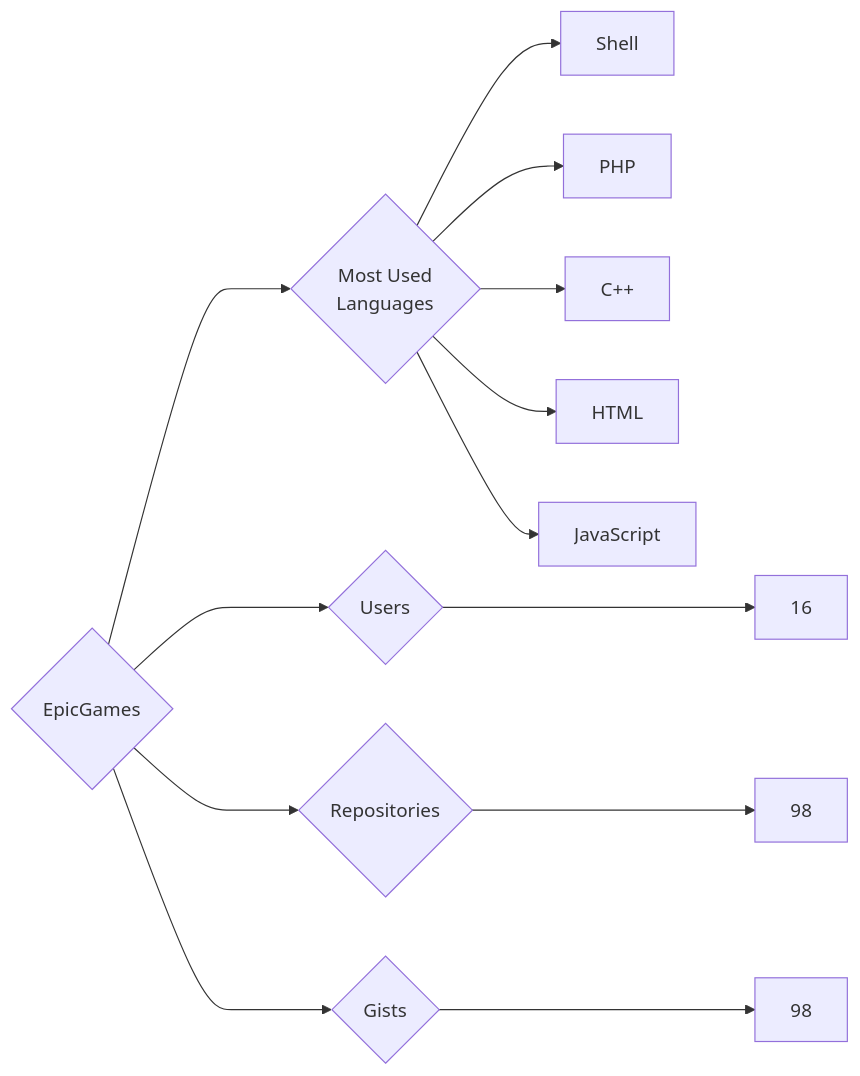
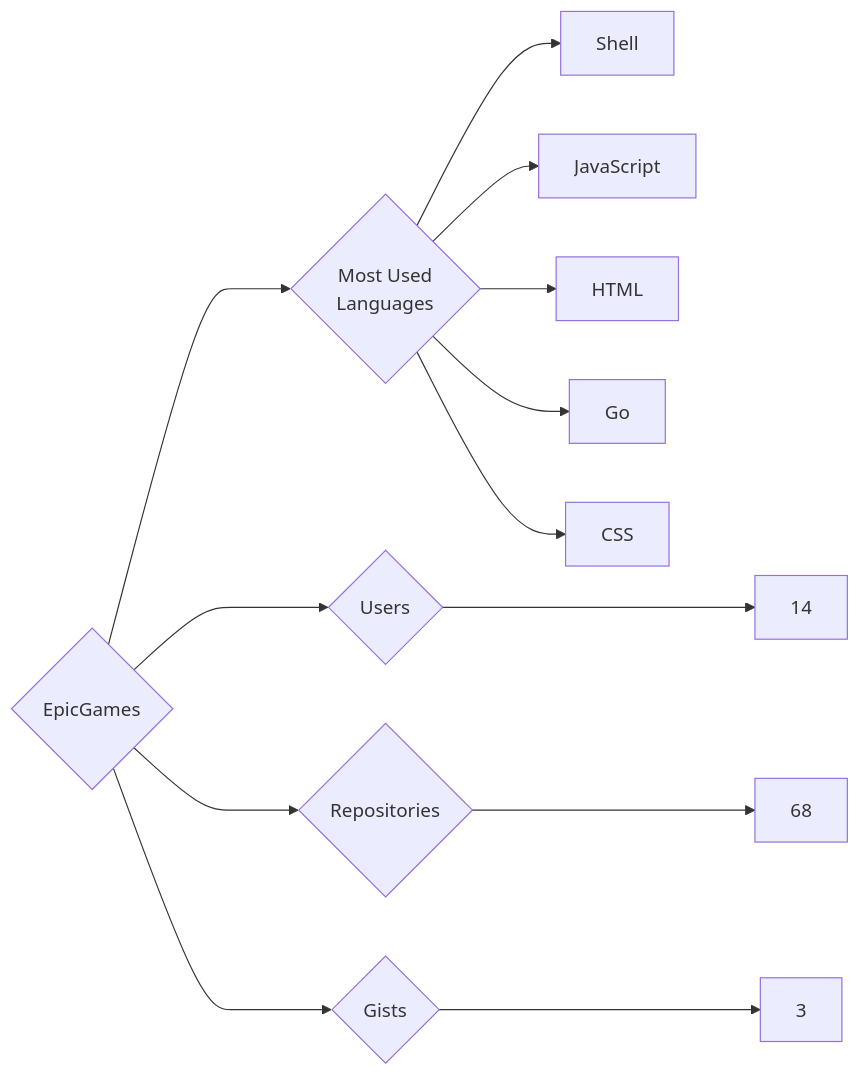
Before and after one commit to trickest/insiders: the diagram in targets/EpicGames/README.md, drawn with Mermaid. The commit also changed 1078 other files, not shown here.

````diff
--- a/targets/EpicGames/README.md
+++ b/targets/EpicGames/README.md
@@ -3,13 +3,13 @@
 ```mermaid
 graph LR
 COMPANY_NAME{EpicGames}
-COMPANY_NAME ---> U{Users} ---> UN[16]
-COMPANY_NAME ---> R{Repositories} ---> RN[98]
-COMPANY_NAME ---> G{Gists} ---> GN[98]
+COMPANY_NAME ---> U{Users} ---> UN[14]
+COMPANY_NAME ---> R{Repositories} ---> RN[68]
+COMPANY_NAME ---> G{Gists} ---> GN[3]
 COMPANY_NAME ---> ML{Most Used<br>Languages}
 ML --> Shell[Shell]
-ML --> PHP[PHP]
-ML --> C++[C++]
+ML --> JavaScript[JavaScript]
 ML --> HTML[HTML]
-ML --> JavaScript[JavaScript]
+ML --> Go[Go]
+ML --> CSS[CSS]
 ```
````
